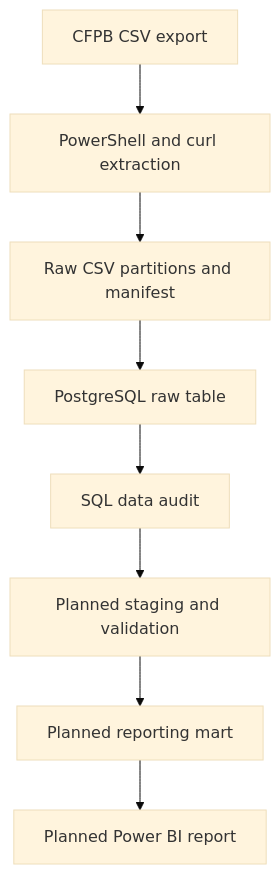
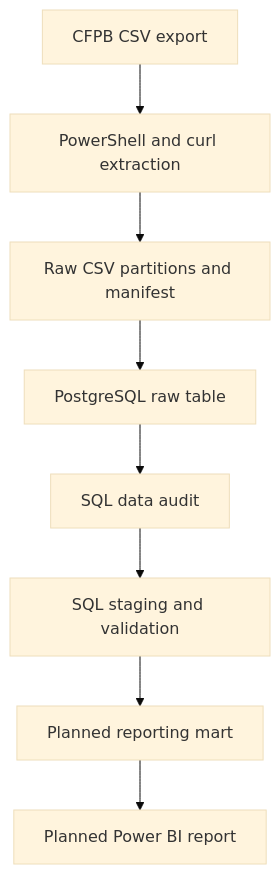
The diagram in README.md (valentinarias-dtsc/financial-complaints-analytics), drawn with Mermaid (base theme) before and after one commit. The commit also changed other lines of this file, not shown here.

Commit message:
docs: document staging implementation

````diff
--- a/README.md
+++ b/README.md
@@ -60,10 +61,10 @@
 ```mermaid
 flowchart TD
     A[CFPB CSV export] --> B[PowerShell and curl extraction]
     B --> C[Raw CSV partitions and manifest]
     C --> D[PostgreSQL raw table]
     D --> E[SQL data audit]
-    E --> F[Planned staging and validation]
+    E --> F[SQL staging and validation]
     F --> G[Planned reporting mart]
     G --> H[Planned Power BI report]
 ```
````
